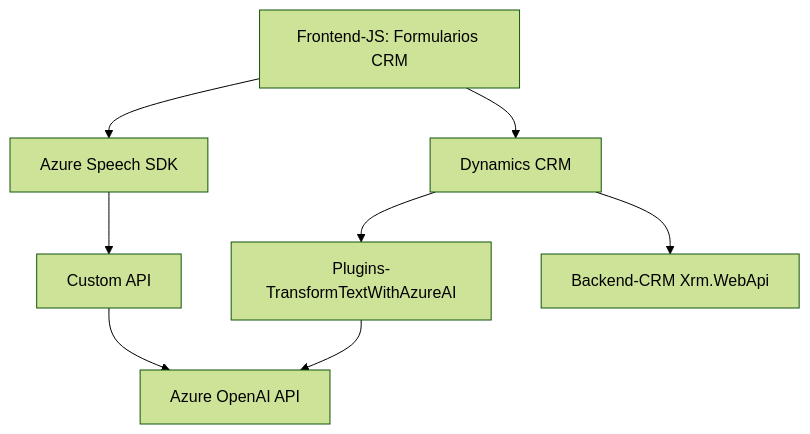
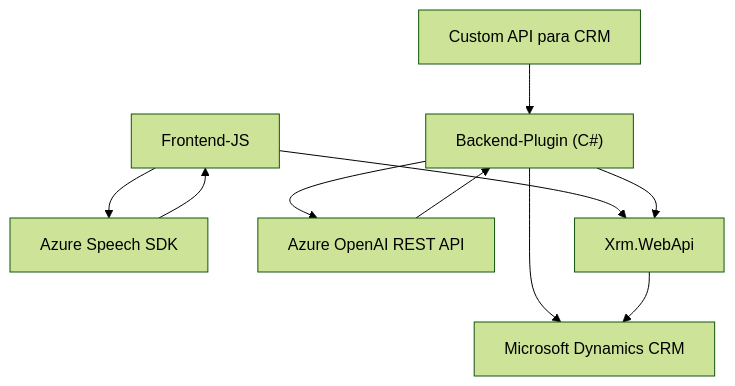
The diagram in README.md (blopezdm/NETCORE_BILBAO2025), drawn with Mermaid (forest theme) before and after one commit. The commit also changed other lines of this file, not shown here.

````diff
--- a/README.md
+++ b/README.md
@@ -45,18 +38,20 @@
 ```mermaid
 graph TD
-    A["Frontend-JS: Formularios CRM"]
-    B["Azure Speech SDK"]
-    C["Dynamics CRM"]
-    D["Custom API"]
-    E["Azure OpenAI API"]
-    F["Plugins-TransformTextWithAzureAI"]
-    G["Backend-CRM Xrm.WebApi"]
+    A["Frontend-JS"]
+    B["Backend-Plugin (C#)"]
+    C["Azure Speech SDK"]
+    D["Azure OpenAI REST API"]
+    E["Microsoft Dynamics CRM"]
+    F["Xrm.WebApi"]
+    G["Custom API para CRM"]
 
-    A --> B
     A --> C
+    A --> F
     B --> D
-    C --> F
-    D --> E
+    B --> F
+    B --> E
     F --> E
-    C --> G
+    D --> B
+    C --> A
+    G --> B
 ```
````
